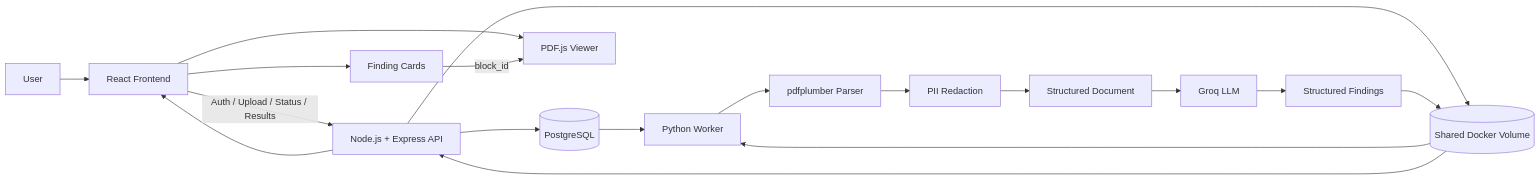
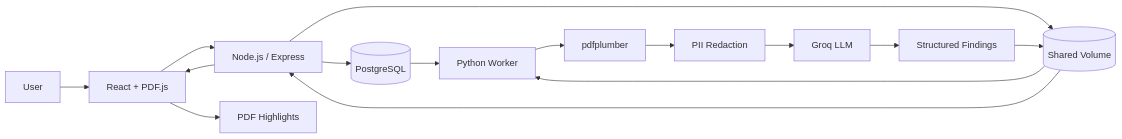
Before and after one commit to flmeHashira/legal-Analyzer: the diagram in readme.md, drawn with Mermaid. The commit also changed other lines of this file, not shown here.

`````diff
--- a/readme.md
+++ b/readme.md
@@ -13,28 +11,23 @@
 ```mermaid
 flowchart LR
-    U[User] --> F[React Frontend]
+    U[User] --> F[React + PDF.js]
 
-    F -->|Auth / Upload / Status / Results| API[Node.js + Express API]
-
+    F --> API[Node.js / Express]
     API --> DB[(PostgreSQL)]
-    API --> V[(Shared Docker Volume)]
+    API --> V[(Shared Volume)]
 
     DB --> W[Python Worker]
     V --> W
 
-    W --> P[pdfplumber Parser]
+    W --> P[pdfplumber]
     P --> R[PII Redaction]
-    R --> S[Structured Document]
-    S --> L[Groq LLM]
+    R --> L[Groq LLM]
 
     L --> J[Structured Findings]
+    J --> V
 
-    J --> V
     V --> API
     API --> F
 
-    F --> PDF[PDF.js Viewer]
-    F --> FC[Finding Cards]
-
-    FC -->|block_id| PDF
+    F --> H[PDF Highlights]
 ````
`````
